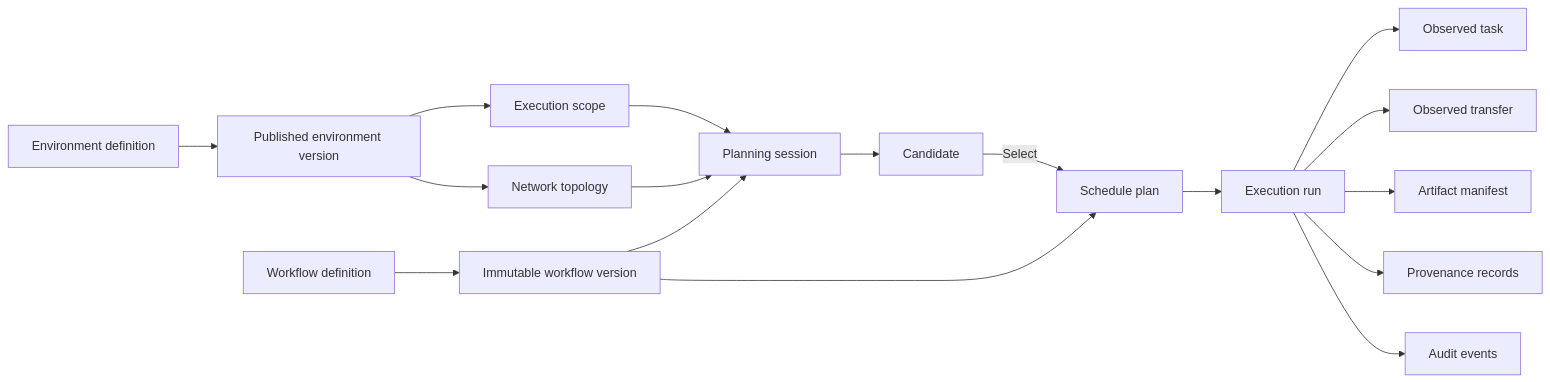
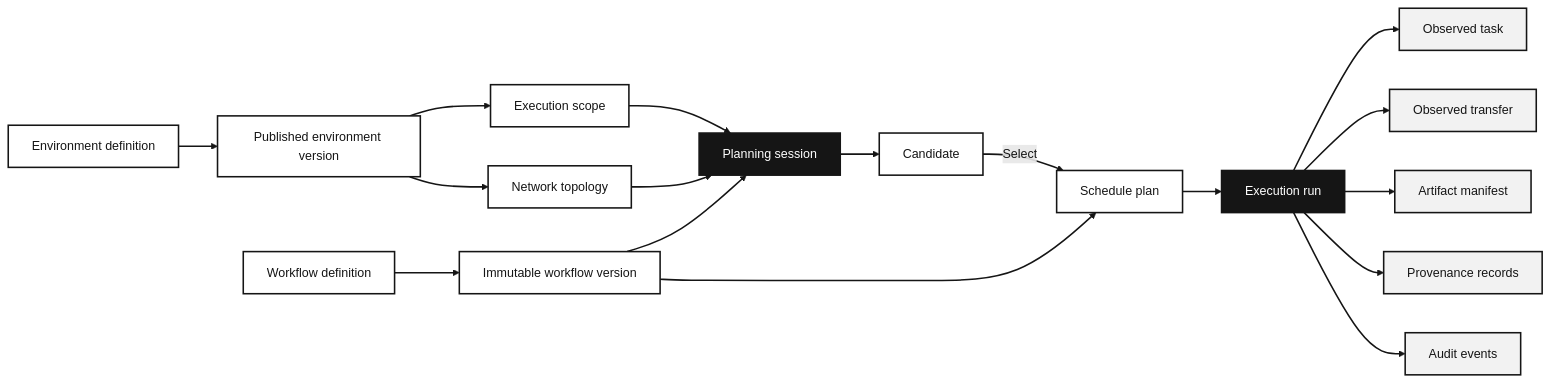
Before and after one commit to UFFeScience/akoflow: the diagram in docs/docs/concepts.md, drawn with Mermaid. The commit also changed other lines of this file and 11 other files, not shown here.

Commit message:
docs: render monochrome Mermaid diagrams

````diff
--- a/docs/docs/concepts.md
+++ b/docs/docs/concepts.md
@@ -20,19 +14,27 @@
 ```mermaid
 flowchart LR
   EnvDef["Environment definition"] --> EnvVer["Published environment version"]
   EnvVer --> Scope["Execution scope"]
   EnvVer --> Net["Network topology"]
   WF["Workflow definition"] --> WFVer["Immutable workflow version"]
   WFVer --> Session["Planning session"]
   Scope --> Session
   Net --> Session
   Session --> Cand["Candidate"]
   Cand -->|Select| Plan["Schedule plan"]
   WFVer --> Plan
   Plan --> Run["Execution run"]
   Run --> Task["Observed task"]
   Run --> Trans["Observed transfer"]
   Run --> Art["Artifact manifest"]
   Run --> Prov["Provenance records"]
   Run --> Audit["Audit events"]
+
+  classDef primary fill:#ffffff,stroke:#151515,color:#151515,stroke-width:2px
+  classDef focus fill:#151515,stroke:#151515,color:#ffffff,stroke-width:2px
+  classDef observed fill:#f2f2f2,stroke:#151515,color:#151515,stroke-width:2px
+  class EnvDef,EnvVer,Scope,Net,WF,WFVer,Cand,Plan primary
+  class Session,Run focus
+  class Task,Trans,Art,Prov,Audit observed
+  linkStyle default stroke:#151515,stroke-width:2px,color:#151515
 ```
````
